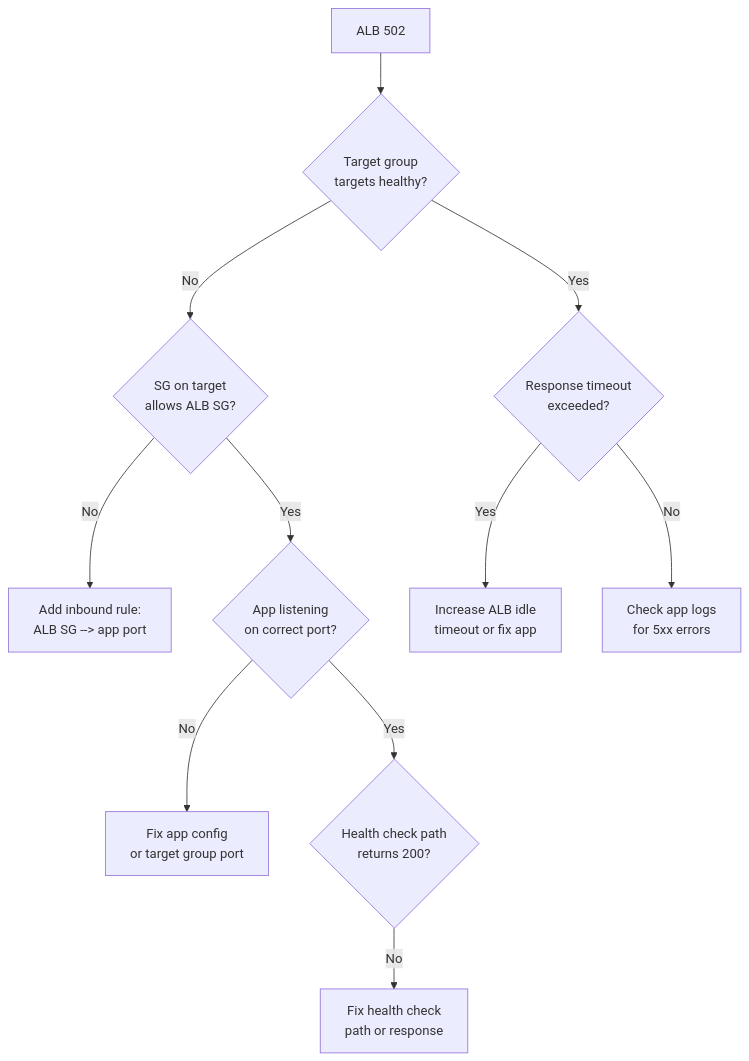
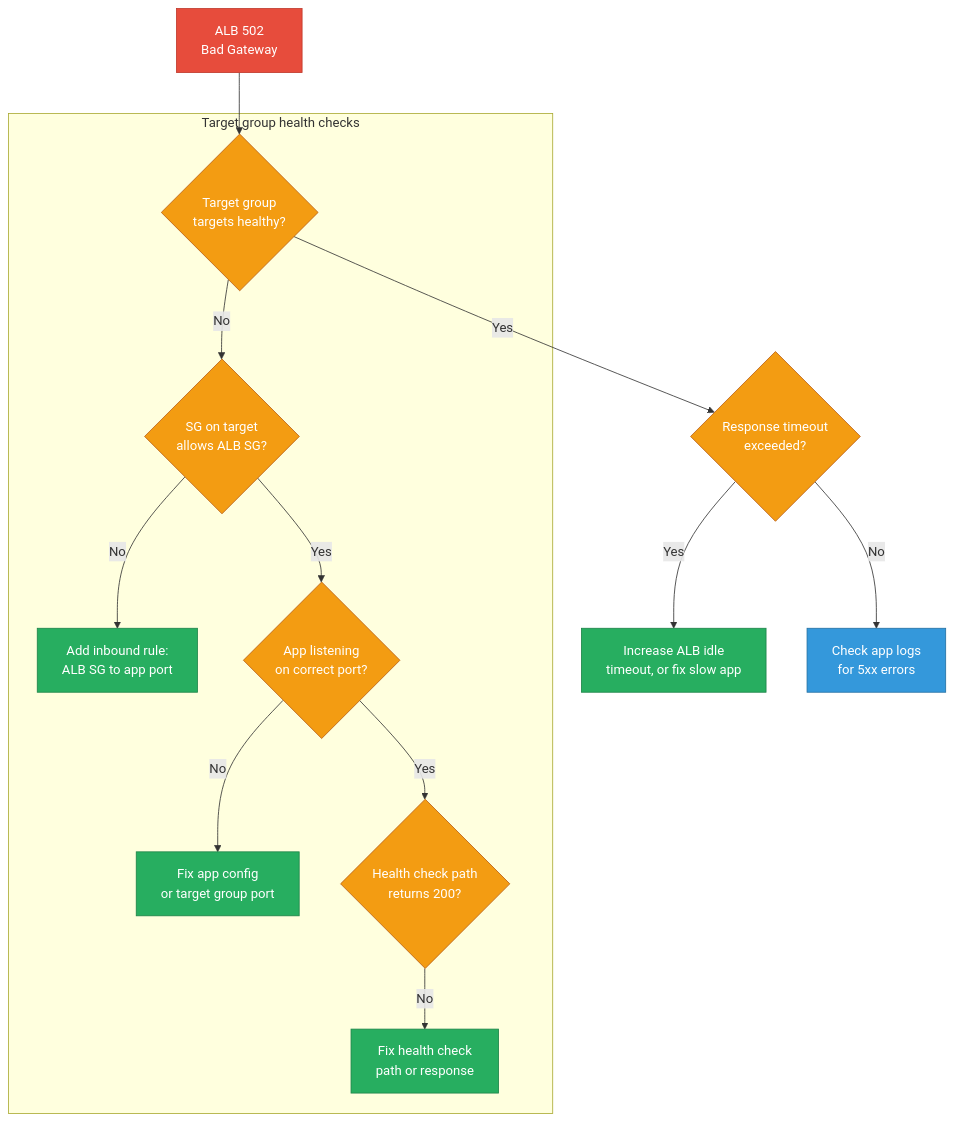
One commit to deepanshu-rawat6/DevOpsIndex changed the third of 10 diagrams in sre/aws-scenarios.md. Above: the diagram before and after it, drawn with Mermaid. The commit also changed other lines of this file and 10 other files, not shown here.

````diff
--- a/sre/aws-scenarios.md
+++ b/sre/aws-scenarios.md
@@ -109,13 +197,22 @@
 ```mermaid
 flowchart TD
-    A[ALB 502] --> B{Target group<br/>targets healthy?}
-    B -- No --> C{SG on target<br/>allows ALB SG?}
-    C -- No --> C1[Add inbound rule:<br/>ALB SG --> app port]
-    C -- Yes --> D{App listening<br/>on correct port?}
-    D -- No --> D1[Fix app config<br/>or target group port]
-    D -- Yes --> E{Health check path<br/>returns 200?}
-    E -- No --> E1[Fix health check<br/>path or response]
-    B -- Yes --> F{Response timeout<br/>exceeded?}
-    F -- Yes --> F1[Increase ALB idle<br/>timeout or fix app]
-    F -- No --> G[Check app logs<br/>for 5xx errors]
+    classDef err fill:#e74c3c,stroke:#c0392b,color:#fff
+    classDef decision fill:#f39c12,stroke:#ba6018,color:#fff
+    classDef fix fill:#27ae60,stroke:#1e8449,color:#fff
+    classDef verify fill:#3498db,stroke:#2471a3,color:#fff
+
+    A[ALB 502<br/>Bad Gateway]:::err --> B{Target group<br/>targets healthy?}:::decision
+
+    subgraph TG["Target group health checks"]
+        B -- No --> C{SG on target<br/>allows ALB SG?}:::decision
+        C -- No --> C1[Add inbound rule:<br/>ALB SG to app port]:::fix
+        C -- Yes --> D{App listening<br/>on correct port?}:::decision
+        D -- No --> D1[Fix app config<br/>or target group port]:::fix
+        D -- Yes --> E{Health check path<br/>returns 200?}:::decision
+        E -- No --> E1[Fix health check<br/>path or response]:::fix
+    end
+
+    B -- Yes --> F{Response timeout<br/>exceeded?}:::decision
+    F -- Yes --> F1[Increase ALB idle<br/>timeout, or fix slow app]:::fix
+    F -- No --> G[Check app logs<br/>for 5xx errors]:::verify
 ```
````
